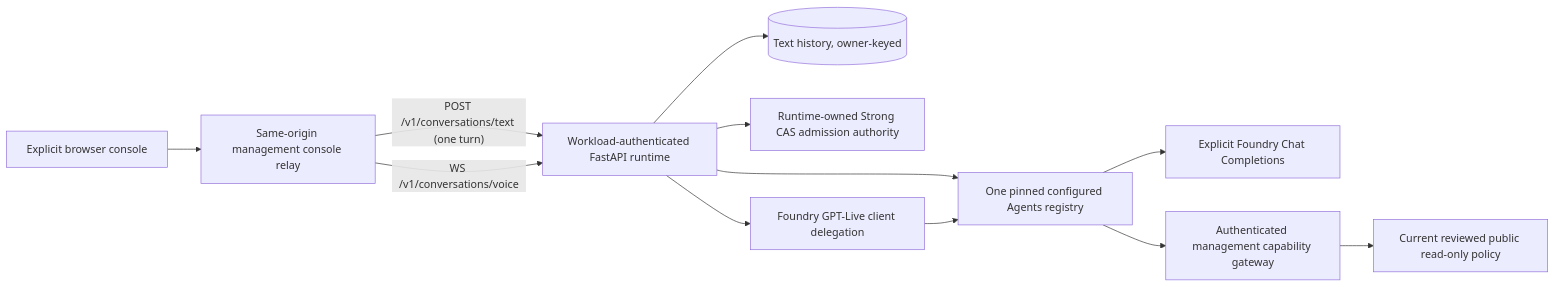
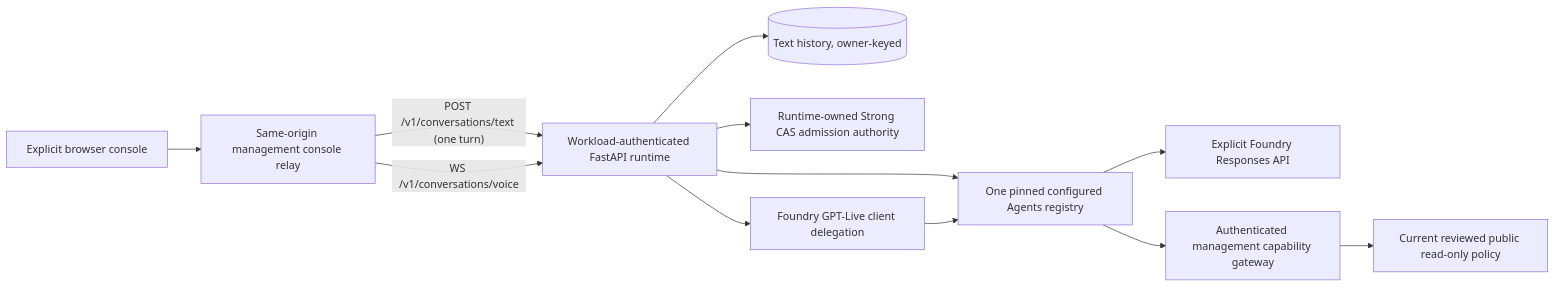
The second of 5 diagrams in docs/architecture.md (marvinbuss/caller-ai), drawn with Mermaid before and after one commit. The commit also changed 8 other files, not shown here.

First line of the commit message:
fix(runtime): use the Responses API for text turns

````diff
--- a/docs/architecture.md
+++ b/docs/architecture.md
@@ -64,14 +64,14 @@
 ```mermaid
 flowchart LR
     Browser[Explicit browser console] --> Gateway[Same-origin management console relay]
     Gateway -- "POST /v1/conversations/text (one turn)" --> Runtime[Workload-authenticated FastAPI runtime]
     Gateway -- "WS /v1/conversations/voice" --> Runtime
     Runtime --> History[(Text history, owner-keyed)]
     Runtime --> Authority[Runtime-owned Strong CAS admission authority]
     Runtime --> Registry[One pinned configured Agents registry]
-    Registry --> Text[Explicit Foundry Chat Completions]
+    Registry --> Text[Explicit Foundry Responses API]
     Runtime --> Live[Foundry GPT-Live client delegation]
     Live --> Registry
     Registry --> Capabilities[Authenticated management capability gateway]
     Capabilities --> Policy[Current reviewed public read-only policy]
 ```
````
